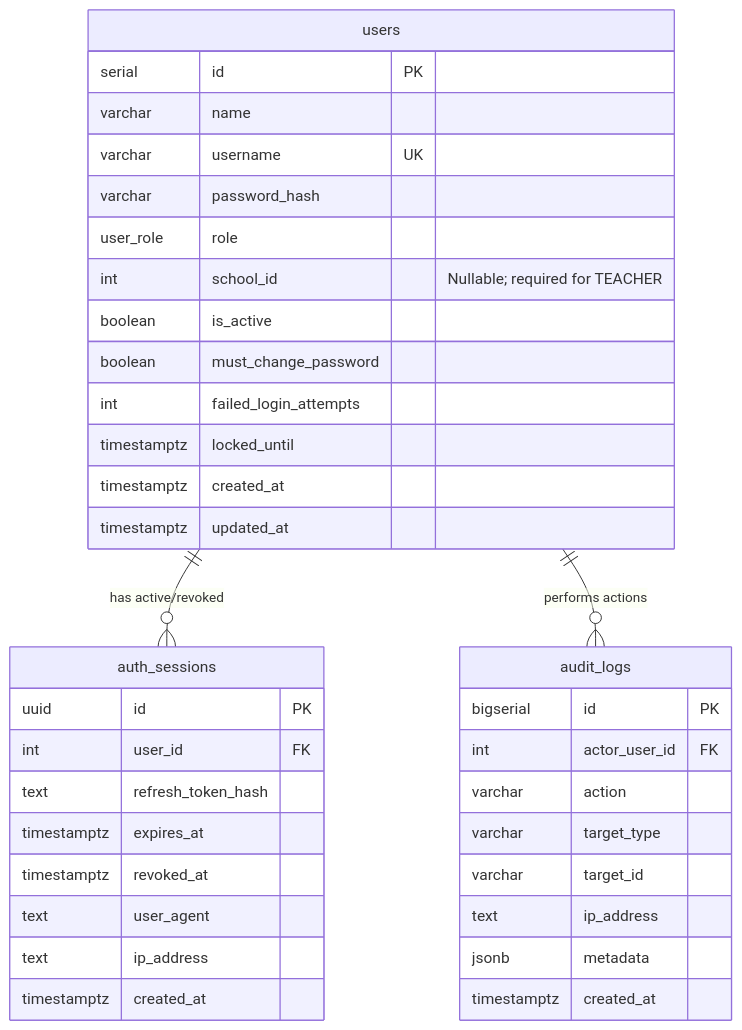
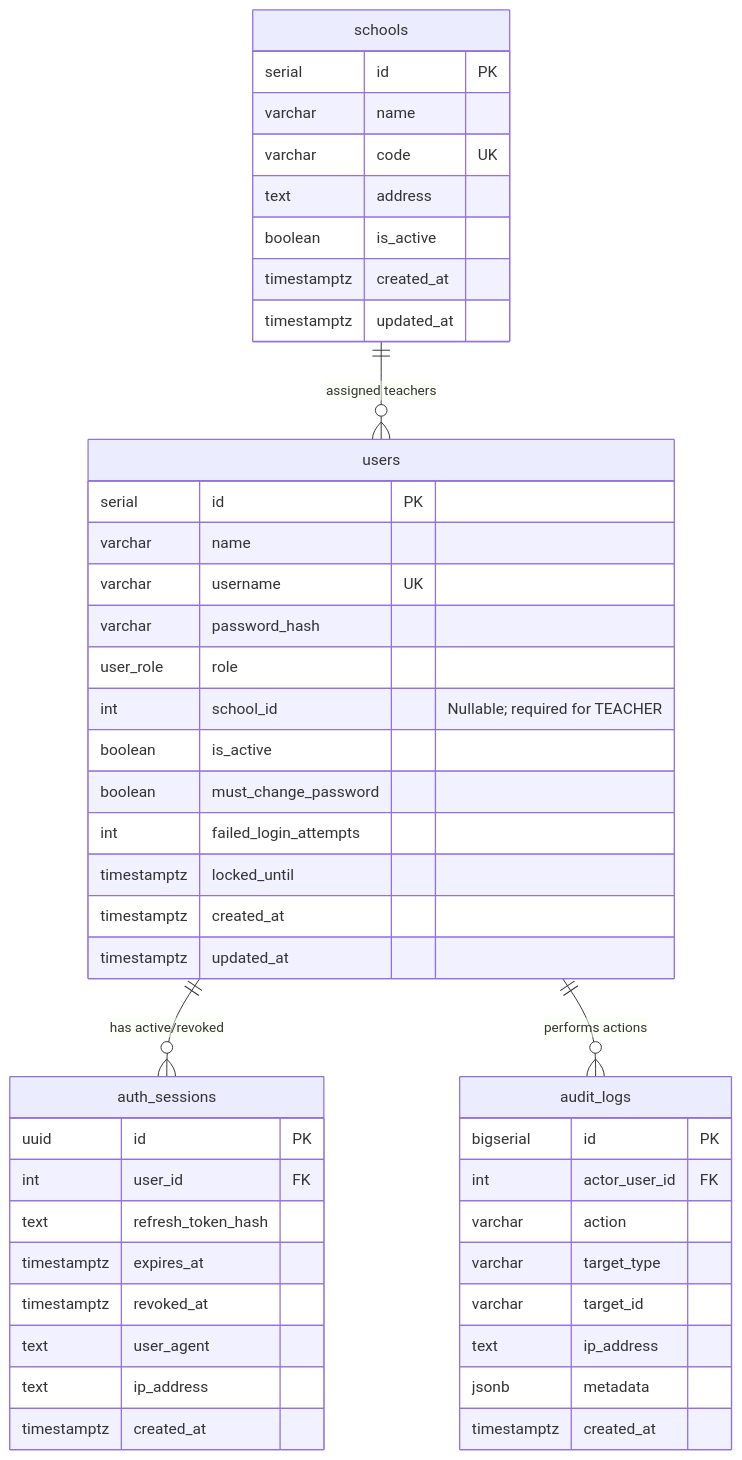
Before and after one commit to Manusha-Sathsara/Urban-Services-Portal-Balangoda-USPB-: the first of 2 diagrams in documentation/DATABASE_ERD.md, drawn with Mermaid. The commit also changed other lines of this file and 5 other files, not shown here.

````diff
--- a/documentation/DATABASE_ERD.md
+++ b/documentation/DATABASE_ERD.md
@@ -5,42 +5,53 @@
 ```mermaid
 erDiagram
+    schools ||--o{ users : "assigned teachers"
     users ||--o{ auth_sessions : "has active/revoked"
     users ||--o{ audit_logs : "performs actions"
+
+    schools {
+        serial id PK
+        varchar name
+        varchar code UK
+        text address
+        boolean is_active
+        timestamptz created_at
+        timestamptz updated_at
+    }
 
     users {
         serial id PK
         varchar name
         varchar username UK
         varchar password_hash
         user_role role
         int school_id "Nullable; required for TEACHER"
         boolean is_active
         boolean must_change_password
         int failed_login_attempts
         timestamptz locked_until
         timestamptz created_at
         timestamptz updated_at
     }
 
     auth_sessions {
         uuid id PK
         int user_id FK
         text refresh_token_hash
         timestamptz expires_at
         timestamptz revoked_at
         text user_agent
         text ip_address
         timestamptz created_at
     }
 
     audit_logs {
         bigserial id PK
         int actor_user_id FK
         varchar action
         varchar target_type
         varchar target_id
         text ip_address
         jsonb metadata
         timestamptz created_at
     }
 ```
````
